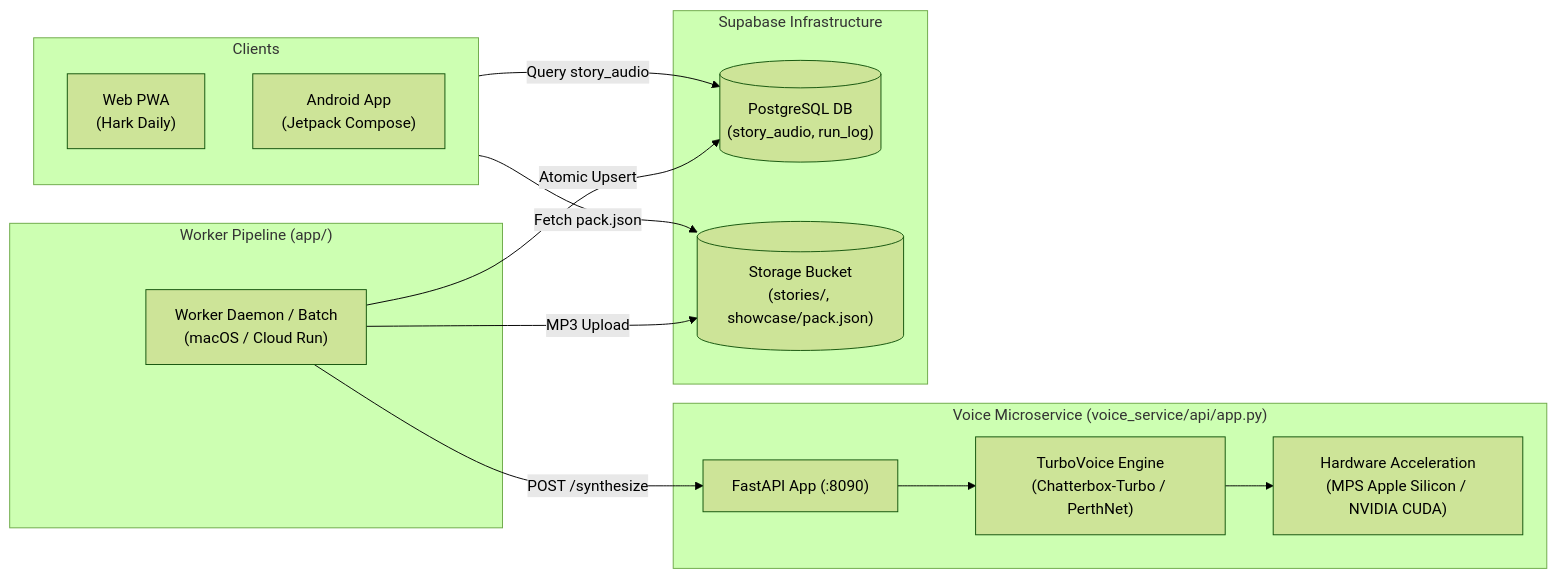
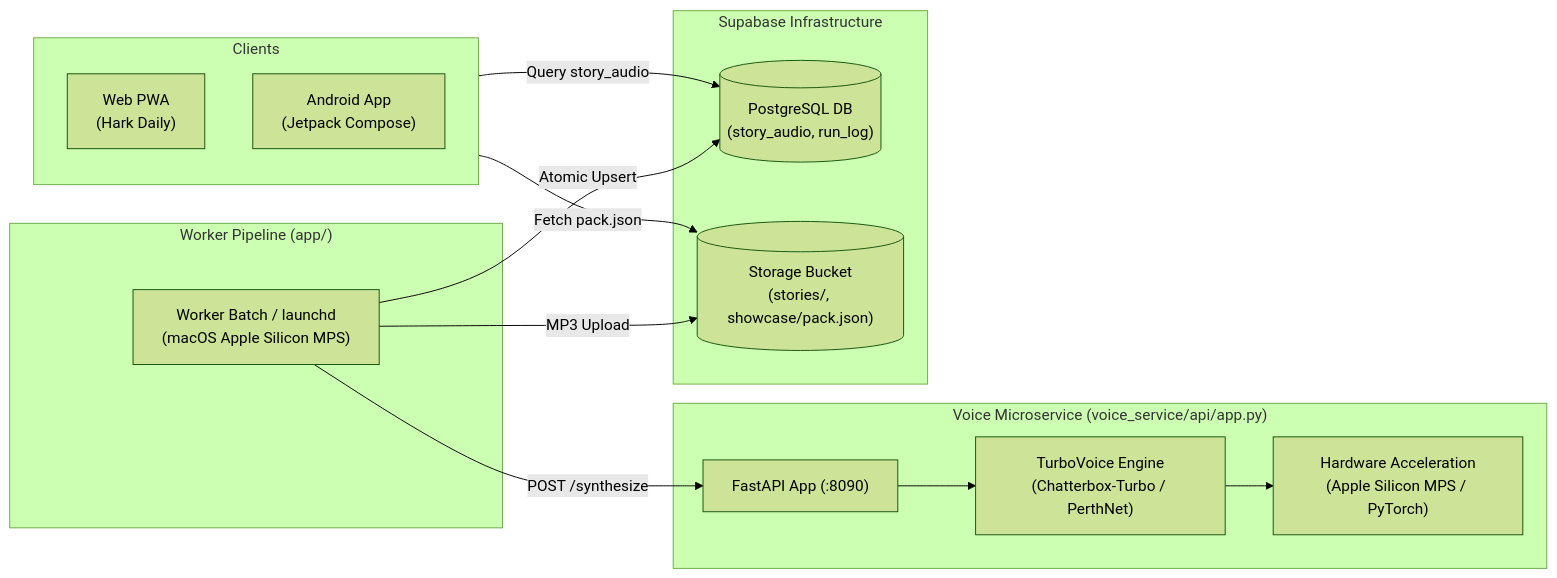
One commit to vattitude-me/Hark-Daily changed the diagram in API_DOCUMENTATION.md. Above: the diagram before and after it, drawn with Mermaid (forest theme). The commit also changed other lines of this file and 23 other files, not shown here.

````diff
--- a/API_DOCUMENTATION.md
+++ b/API_DOCUMENTATION.md
@@ -9,29 +9,29 @@
 ```mermaid
 flowchart LR
     subgraph Clients["Clients"]
         PWA["Web PWA<br/>(Hark Daily)"]
         ANDROID["Android App<br/>(Jetpack Compose)"]
     end
 
     subgraph Backend["Worker Pipeline (app/)"]
-        WORKER["Worker Daemon / Batch<br/>(macOS / Cloud Run)"]
+        WORKER["Worker Batch / launchd<br/>(macOS Apple Silicon MPS)"]
     end
 
     subgraph VoiceService["Voice Microservice (voice_service/api/app.py)"]
         API["FastAPI App (:8090)"]
         ENGINE["TurboVoice Engine<br/>(Chatterbox-Turbo / PerthNet)"]
-        GPU["Hardware Acceleration<br/>(MPS Apple Silicon / NVIDIA CUDA)"]
+        GPU["Hardware Acceleration<br/>(Apple Silicon MPS / PyTorch)"]
     end
 
     subgraph Storage["Supabase Infrastructure"]
         DB[("PostgreSQL DB<br/>(story_audio, run_log)")]
         BUCKET[("Storage Bucket<br/>(stories/, showcase/pack.json)")]
     end
 
     WORKER -->|"POST /synthesize"| API
     API --> ENGINE --> GPU
     WORKER -->|"Atomic Upsert"| DB
     WORKER -->|"MP3 Upload"| BUCKET
     Clients -->|"Fetch pack.json"| BUCKET
     Clients -->|"Query story_audio"| DB
 ```
````
